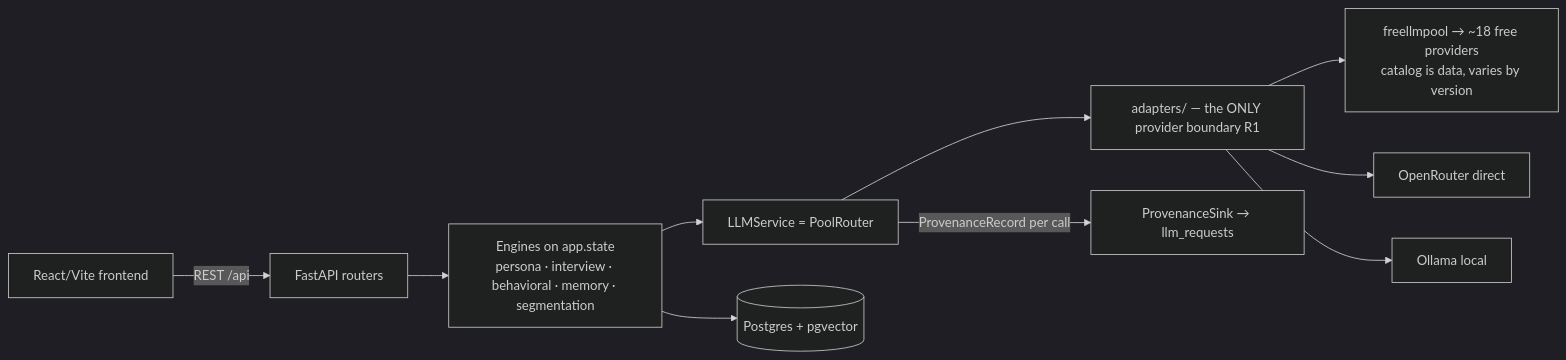
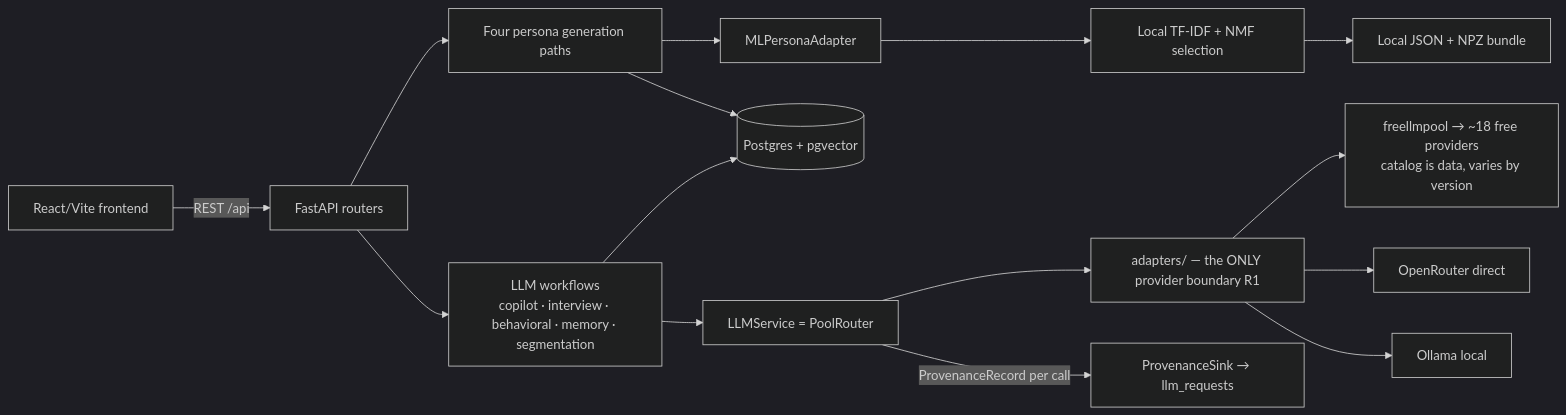
The diagram in docs/ARCHITECTURE.md (Tayebbb/BebshaX), drawn with Mermaid (dark theme) before and after one commit. The commit also changed other lines of this file and 34 other files, not shown here.

````diff
--- a/docs/ARCHITECTURE.md
+++ b/docs/ARCHITECTURE.md
@@ -7,12 +7,17 @@
 ```mermaid
 flowchart LR
     FE[React/Vite frontend] -->|REST /api| API[FastAPI routers]
-    API --> ENG[Engines on app.state<br/>persona · interview · behavioral · memory · segmentation]
+    API --> GEN[Four persona generation paths]
+    GEN --> ML[MLPersonaAdapter]
+    ML --> MODEL[Local TF-IDF + NMF selection]
+    MODEL --> ART[Local JSON + NPZ bundle]
+    GEN --> PG[(Postgres + pgvector)]
+    API --> ENG[LLM workflows<br/>copilot · interview · behavioral · memory · segmentation]
     ENG --> SVC[LLMService = PoolRouter]
     SVC --> AD[adapters/ — the ONLY provider boundary R1]
     AD --> FLP[freellmpool → ~18 free providers<br/>catalog is data, varies by version]
     AD --> OR[OpenRouter direct]
     AD --> OL[Ollama local]
     SVC -->|ProvenanceRecord per call| SINK[ProvenanceSink → llm_requests]
-    ENG --> PG[(Postgres + pgvector)]
+    ENG --> PG
 ```
````
